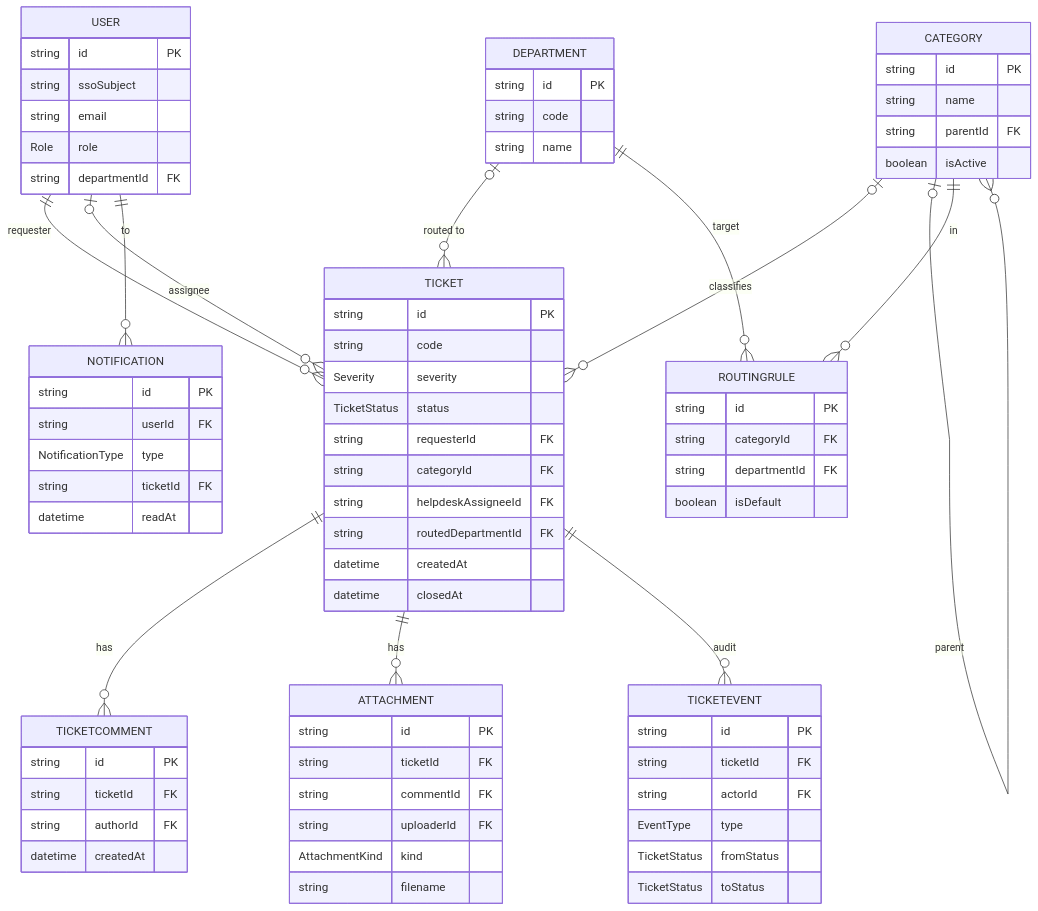
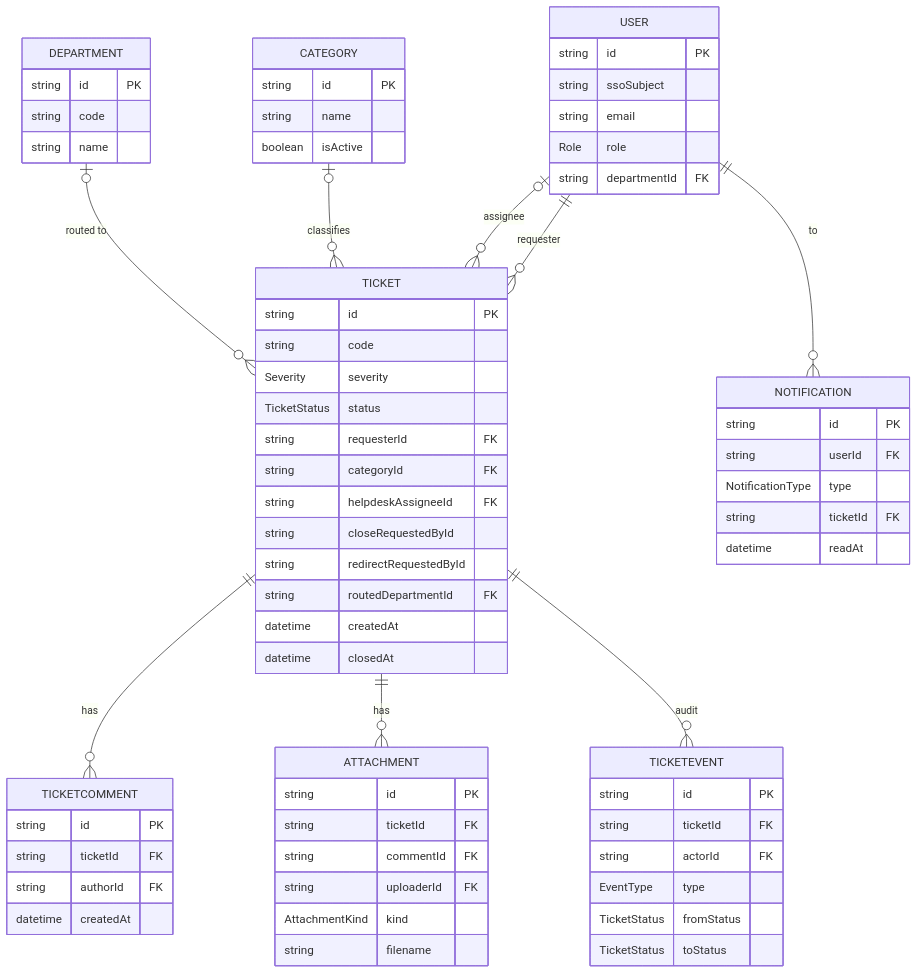
One commit to nguyentr02/UMS-HELPDESK-TICKET-API changed the fourth of 4 diagrams in docs/feature-plan.md. Above: the diagram before and after it, drawn with Mermaid. The commit also changed other lines of this file and 6 other files, not shown here.

````diff
--- a/docs/feature-plan.md
+++ b/docs/feature-plan.md
@@ -199,80 +209,72 @@
 ```mermaid
 erDiagram
   USER       ||--o{ TICKET        : "requester"
   USER       |o--o{ TICKET        : "assignee"
   CATEGORY   |o--o{ TICKET        : "classifies"
   DEPARTMENT |o--o{ TICKET        : "routed to"
   TICKET     ||--o{ TICKETCOMMENT : "has"
   TICKET     ||--o{ ATTACHMENT    : "has"
   TICKET     ||--o{ TICKETEVENT   : "audit"
   USER       ||--o{ NOTIFICATION  : "to"
-  CATEGORY   |o--o{ CATEGORY      : "parent"
-  CATEGORY   ||--o{ ROUTINGRULE   : "in"
-  DEPARTMENT ||--o{ ROUTINGRULE   : "target"
 
   USER {
     string id PK
     string ssoSubject
     string email
     Role   role
     string departmentId FK
   }
   DEPARTMENT {
     string id PK
     string code
     string name
   }
   CATEGORY {
     string  id PK
     string  name
-    string  parentId FK
     boolean isActive
-  }
-  ROUTINGRULE {
-    string  id PK
-    string  categoryId FK
-    string  departmentId FK
-    boolean isDefault
   }
   TICKET {
     string       id PK
     string       code
     Severity     severity
     TicketStatus status
     string       requesterId FK
     string       categoryId FK
     string       helpdeskAssigneeId FK
+    string       closeRequestedById
+    string       redirectRequestedById
     string       routedDepartmentId FK
     datetime     createdAt
     datetime     closedAt
   }
   TICKETCOMMENT {
     string   id PK
     string   ticketId FK
     string   authorId FK
     datetime createdAt
   }
   ATTACHMENT {
     string         id PK
     string         ticketId FK
     string         commentId FK
     string         uploaderId FK
     AttachmentKind kind
     string         filename
   }
   TICKETEVENT {
     string       id PK
     string       ticketId FK
     string       actorId FK
     EventType    type
     TicketStatus fromStatus
     TicketStatus toStatus
   }
   NOTIFICATION {
     string           id PK
     string           userId FK
     NotificationType type
     string           ticketId FK
     datetime         readAt
   }
 ```
````
